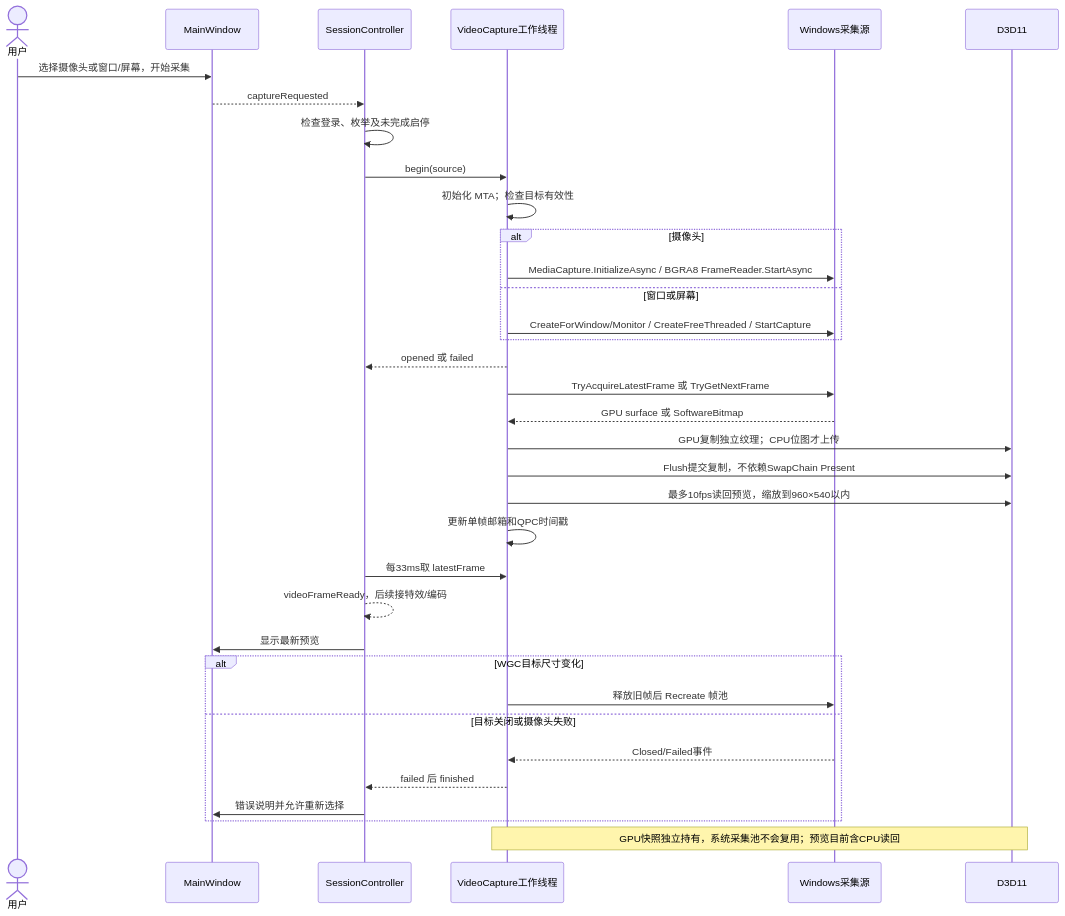
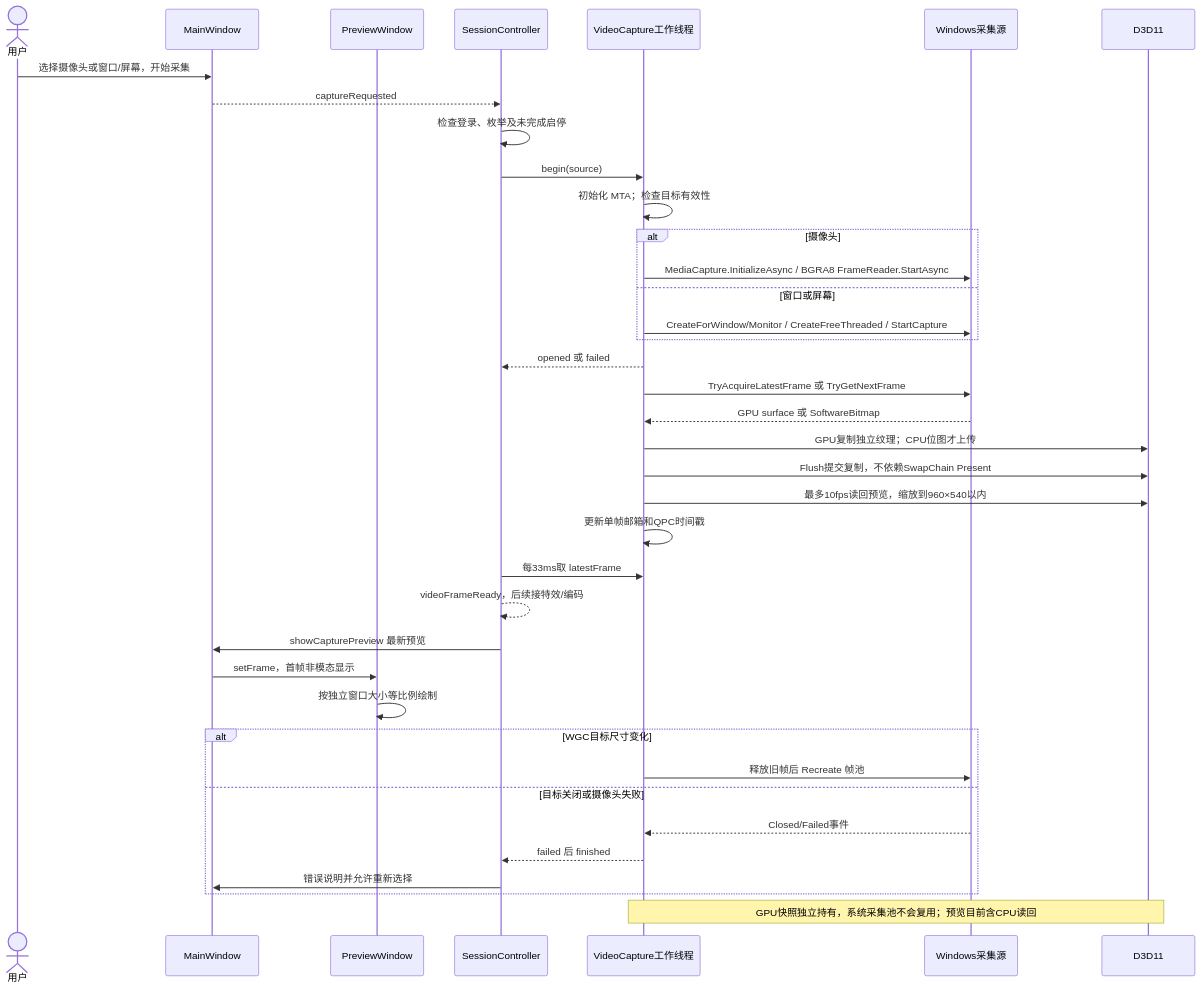
Before and after one commit to kingsman-svg/OBS: the diagram in docs/uml/capture-video.mmd, drawn with Mermaid. The commit also changed 29 other files, not shown here.

```diff
--- a/docs/uml/capture-video.mmd
+++ b/docs/uml/capture-video.mmd
@@ -1,35 +1,38 @@
 sequenceDiagram
 actor U as 用户
 participant V as MainWindow
+participant P as PreviewWindow
 participant C as SessionController
 participant W as VideoCapture工作线程
 participant S as Windows采集源
 participant G as D3D11
 U->>V: 选择摄像头或窗口/屏幕，开始采集
 V-->>C: captureRequested
 C->>C: 检查登录、枚举及未完成启停
 C->>W: begin(source)
 W->>W: 初始化 MTA；检查目标有效性
 alt 摄像头
 W->>S: MediaCapture.InitializeAsync / BGRA8 FrameReader.StartAsync
 else 窗口或屏幕
 W->>S: CreateForWindow/Monitor / CreateFreeThreaded / StartCapture
 end
 W-->>C: opened 或 failed
 W->>S: TryAcquireLatestFrame 或 TryGetNextFrame
 S-->>W: GPU surface 或 SoftwareBitmap
 W->>G: GPU复制独立纹理；CPU位图才上传
 W->>G: Flush提交复制，不依赖SwapChain Present
 W->>G: 最多10fps读回预览，缩放到960×540以内
 W->>W: 更新单帧邮箱和QPC时间戳
 C->>W: 每33ms取 latestFrame
 C-->>C: videoFrameReady，后续接特效/编码
-C->>V: 显示最新预览
+C->>V: showCapturePreview 最新预览
+V->>P: setFrame，首帧非模态显示
+P->>P: 按独立窗口大小等比例绘制
 alt WGC目标尺寸变化
 W->>S: 释放旧帧后 Recreate 帧池
 else 目标关闭或摄像头失败
 S-->>W: Closed/Failed事件
 W-->>C: failed 后 finished
 C->>V: 错误说明并允许重新选择
 end
 Note over W,G: GPU快照独立持有，系统采集池不会复用；预览目前含CPU读回
```
